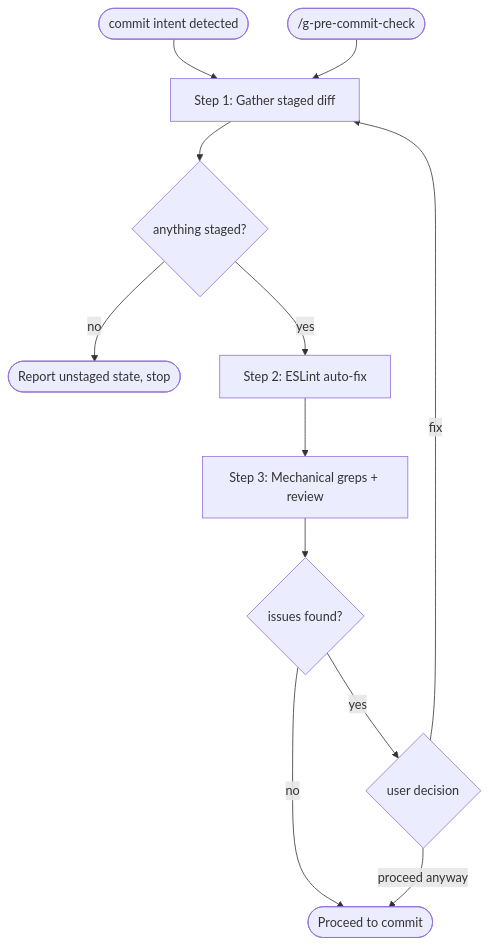
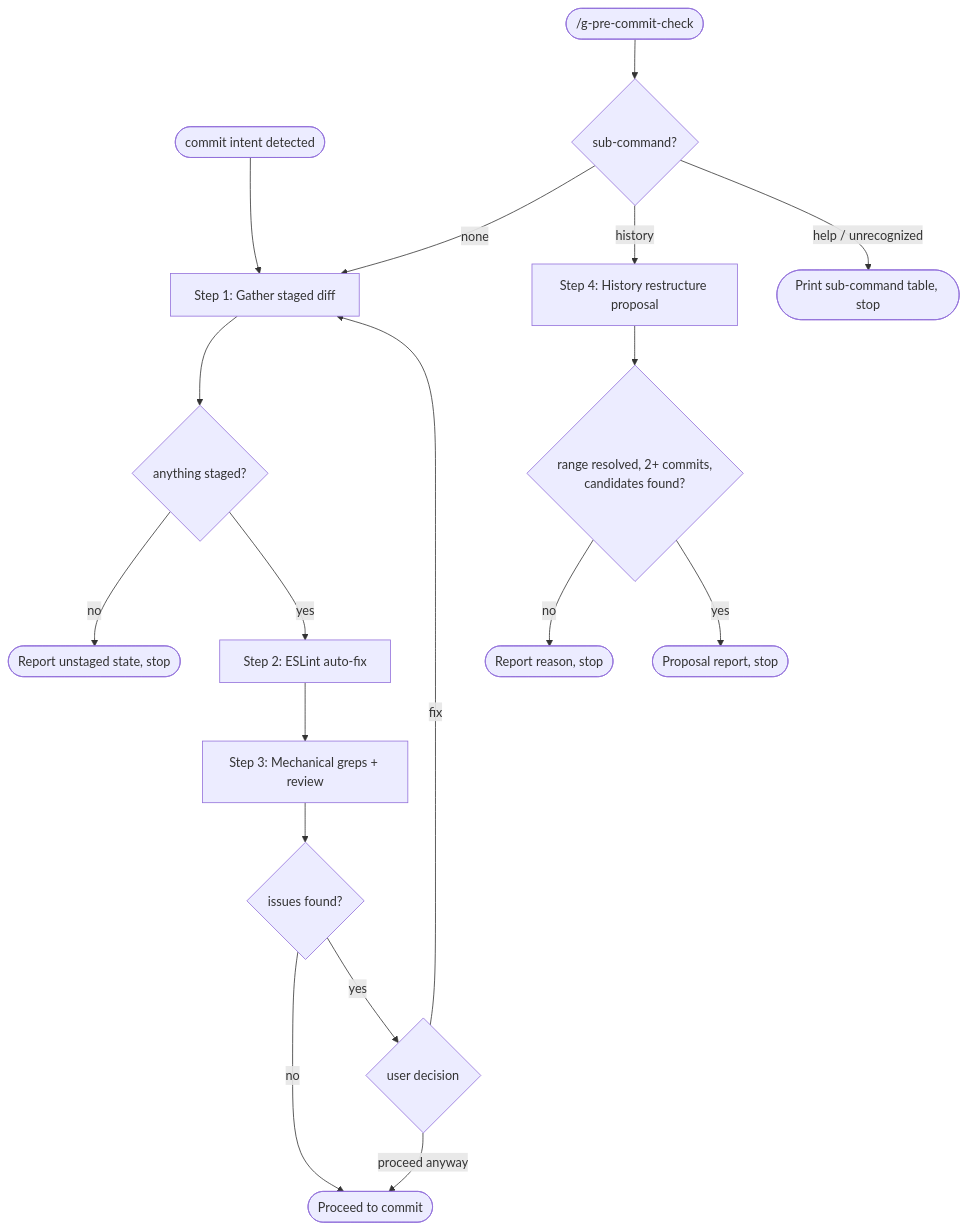
The diagram in claude/skills/g-pre-commit-check/SKILL.md (gloriaJun/grimoire), drawn with Mermaid before and after one commit. The commit also changed other lines of this file and 3 other files, not shown here.

First line of the commit message:
feat: add history subcommand to g-pre-commit-check

````diff
--- a/claude/skills/g-pre-commit-check/SKILL.md
+++ b/claude/skills/g-pre-commit-check/SKILL.md
@@ -16,14 +18,20 @@
 ```mermaid
 flowchart TD
     A1(["commit intent detected"]) --> B
-    A2(["/g-pre-commit-check"]) --> B
+    A2(["/g-pre-commit-check"]) --> R{"sub-command?"}
+    R -- none --> B
+    R -- history --> S4["Step 4: History restructure proposal"]
+    R -- "help / unrecognized" --> HP(["Print sub-command table, stop"])
+    S4 --> S4C{"range resolved, 2+ commits,<br>candidates found?"}
+    S4C -- no --> S4Z(["Report reason, stop"])
+    S4C -- yes --> S4R(["Proposal report, stop"])
     B["Step 1: Gather staged diff"] --> C{"anything staged?"}
     C -- no --> Z(["Report unstaged state, stop"])
     C -- yes --> D["Step 2: ESLint auto-fix"]
     D --> E["Step 3: Mechanical greps + review"]
     E --> F{"issues found?"}
     F -- no --> G(["Proceed to commit"])
     F -- yes --> H{"user decision"}
     H -- fix --> B
     H -- proceed anyway --> G
 ```
````
